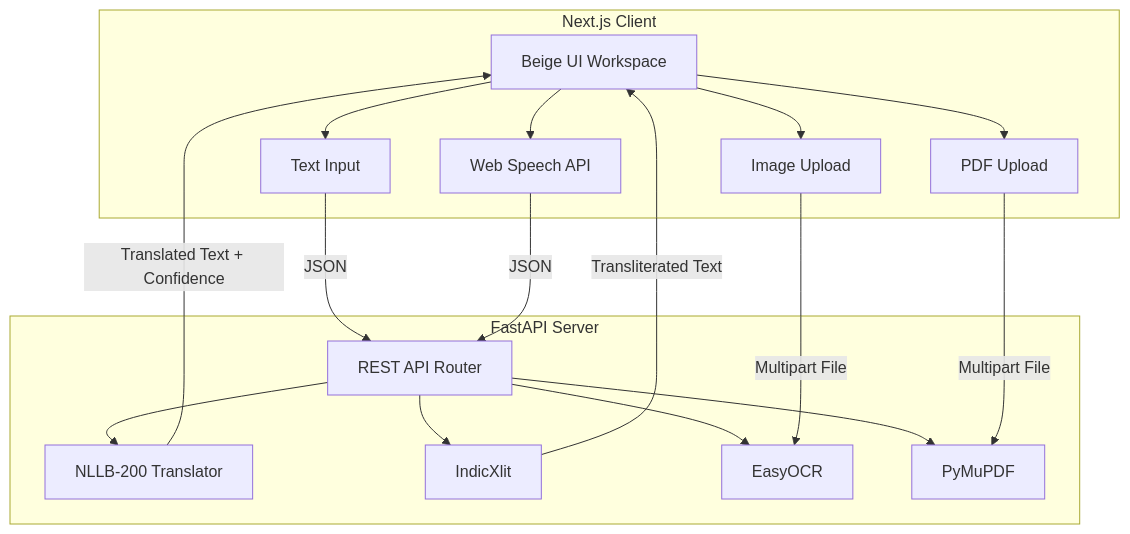
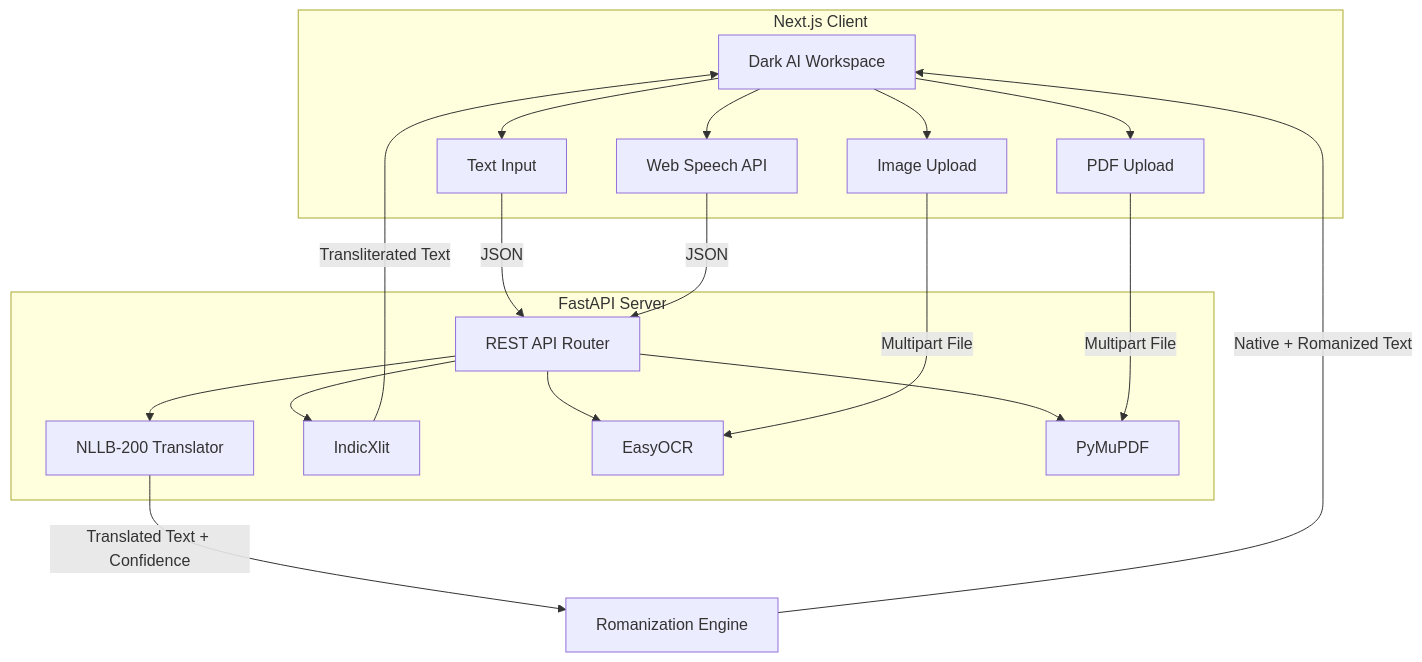
Before and after one commit to Deekshith06/OMNI-INDIC-Translation-Suite: the diagram in README.md, drawn with Mermaid. The commit also changed other lines of this file and 11 other files, not shown here.

````diff
--- a/README.md
+++ b/README.md
@@ -80,33 +82,34 @@
 ```mermaid
 graph TD
     subgraph Frontend [Next.js Client]
-        UI[Beige UI Workspace]
+        UI[Dark AI Workspace]
         Text[Text Input]
         Voice[Web Speech API]
         Image[Image Upload]
         PDF[PDF Upload]
         
         UI --> Text & Voice & Image & PDF
     end
 
     subgraph Backend [FastAPI Server]
         API[REST API Router]
         Trans[NLLB-200 Translator]
         Xlit[IndicXlit]
         OCR[EasyOCR]
         Doc[PyMuPDF]
         
         API --> Trans
         API --> Xlit
         API --> OCR
         API --> Doc
     end
 
     Text -- "JSON" --> API
     Voice -- "JSON" --> API
     Image -- "Multipart File" --> OCR
     PDF -- "Multipart File" --> Doc
     
-    Trans -- "Translated Text + Confidence" --> UI
+    Trans -- "Translated Text + Confidence" --> PostProc[Romanization Engine]
+    PostProc -- "Native + Romanized Text" --> UI
     Xlit -- "Transliterated Text" --> UI
 ```
````
